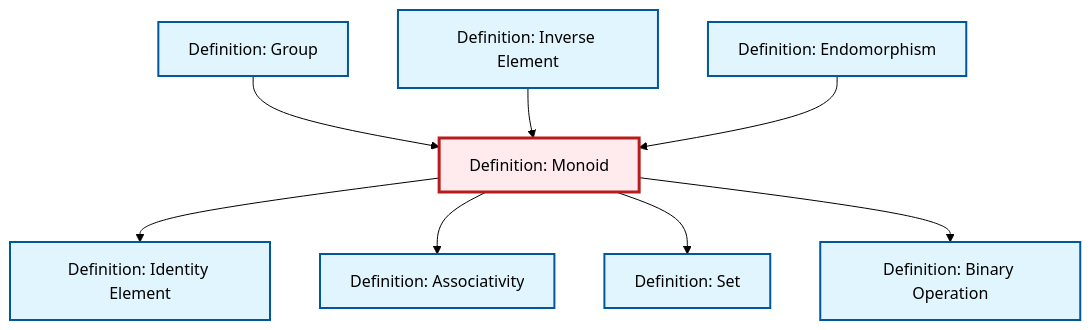
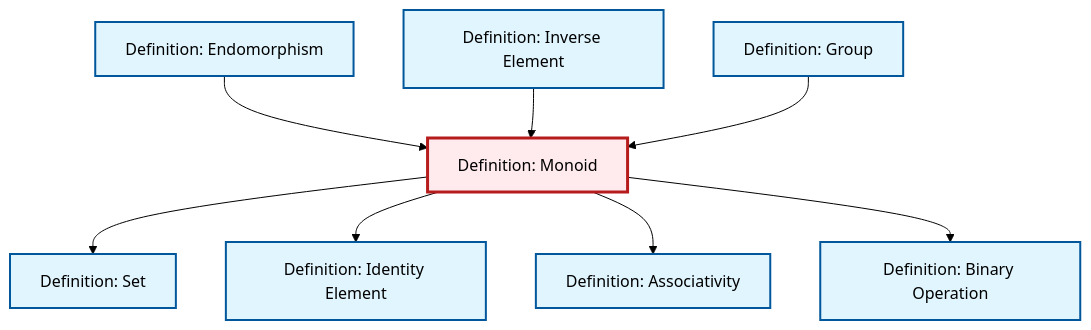
Before and after one commit to RK0429/ModernMath: the diagram in content/ja/algebra/def-monoid.qmd, drawn with Mermaid (forest theme). The commit also changed other lines of this file and 634 other files, not shown here.

````diff
--- a/content/ja/algebra/def-monoid.qmd
+++ b/content/ja/algebra/def-monoid.qmd
@@ -82,32 +82,32 @@
 ```{mermaid}
 %%| fig-cap: "Local dependency graph"
 graph TD
     classDef definition fill:#e1f5fe,stroke:#01579b,stroke-width:2px
     classDef theorem fill:#f3e5f5,stroke:#4a148c,stroke-width:2px
     classDef axiom fill:#fff3e0,stroke:#e65100,stroke-width:2px
     classDef example fill:#e8f5e9,stroke:#1b5e20,stroke-width:2px
     classDef current fill:#ffebee,stroke:#b71c1c,stroke-width:3px
+    def-monoid["Definition: Monoid"]:::definition
+    def-group["Definition: Group"]:::definition
     def-binary-operation["Definition: Binary Operation"]:::definition
     def-associativity["Definition: Associativity"]:::definition
+    def-endomorphism["Definition: Endomorphism"]:::definition
+    def-inverse-element["Definition: Inverse Element"]:::definition
+    def-identity-element["Definition: Identity Element"]:::definition
     def-set["Definition: Set"]:::definition
-    def-group["Definition: Group"]:::definition
-    def-monoid["Definition: Monoid"]:::definition
-    def-inverse-element["Definition: Inverse Element"]:::definition
-    def-endomorphism["Definition: Endomorphism"]:::definition
-    def-identity-element["Definition: Identity Element"]:::definition
+    def-endomorphism --> def-monoid
+    def-inverse-element --> def-monoid
+    def-monoid --> def-set
     def-monoid --> def-identity-element
+    def-monoid --> def-associativity
     def-group --> def-monoid
-    def-monoid --> def-associativity
-    def-inverse-element --> def-monoid
-    def-endomorphism --> def-monoid
-    def-monoid --> def-set
     def-monoid --> def-binary-operation
     class def-monoid current
+    click def-group "def-group.html" "Definition: Groupへ"
     click def-binary-operation "def-binary-operation.html" "Definition: Binary Operationへ"
     click def-associativity "def-associativity.html" "Definition: Associativityへ"
+    click def-endomorphism "def-endomorphism.html" "Definition: Endomorphismへ"
+    click def-inverse-element "def-inverse-element.html" "Definition: Inverse Elementへ"
+    click def-identity-element "def-identity-element.html" "Definition: Identity Elementへ"
     click def-set "def-set.html" "Definition: Setへ"
-    click def-group "def-group.html" "Definition: Groupへ"
-    click def-inverse-element "def-inverse-element.html" "Definition: Inverse Elementへ"
-    click def-endomorphism "def-endomorphism.html" "Definition: Endomorphismへ"
-    click def-identity-element "def-identity-element.html" "Definition: Identity Elementへ"
 ```
````
